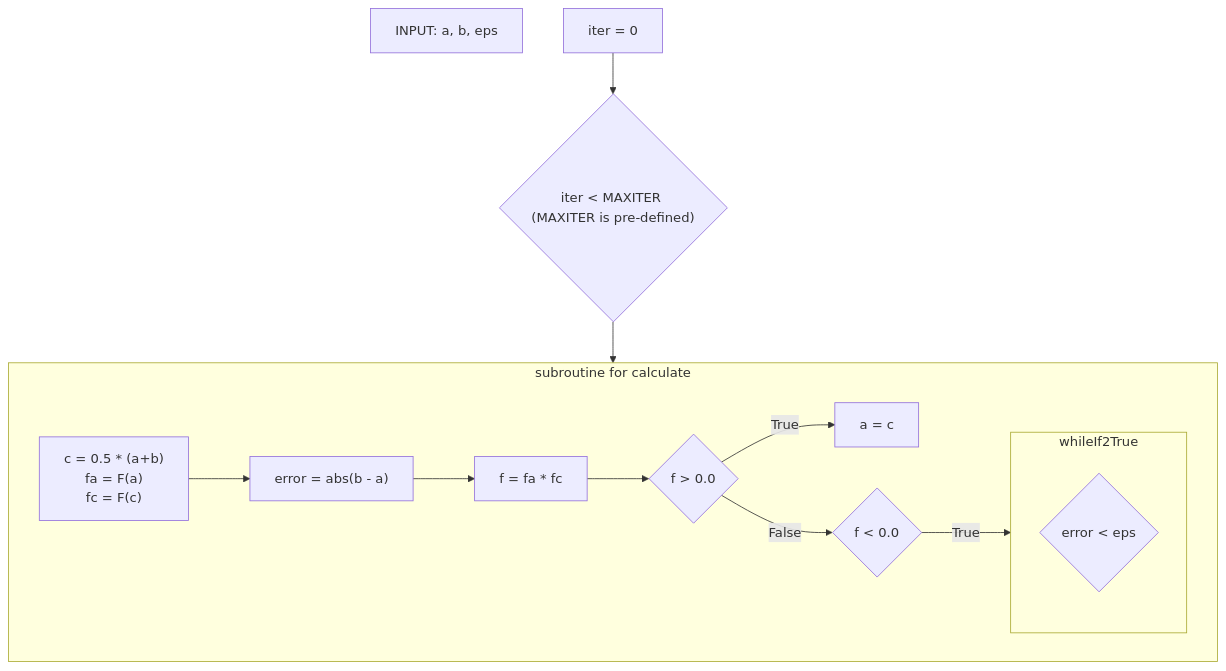
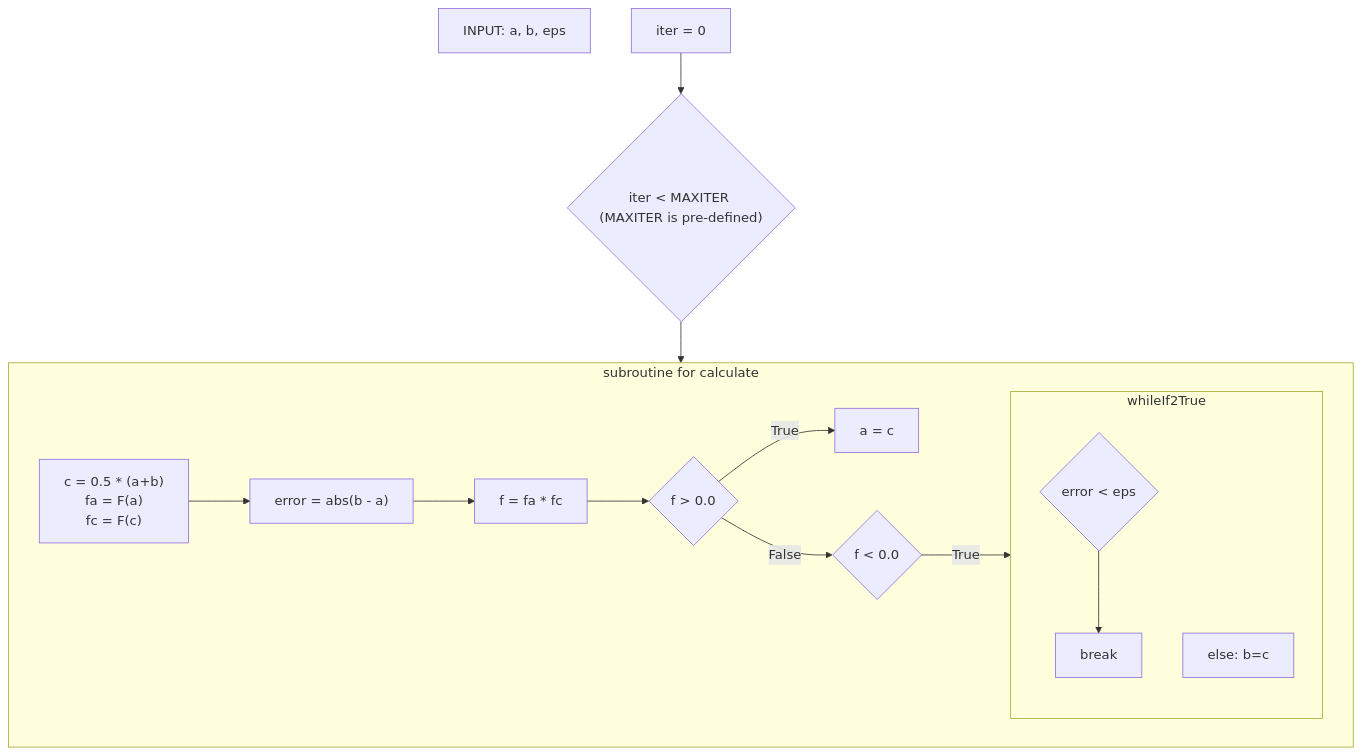
One commit to jsk0910/numerical_analysis changed the diagram in Non-linear Equations/README.md. Above: the diagram before and after it, drawn with Mermaid.

````diff
--- a/Non-linear Equations/README.md
+++ b/Non-linear Equations/README.md
@@ -26,18 +26,19 @@
 ```mermaid
 flowchart TD;
     INPUT["INPUT: a, b, eps"]
     A["iter = 0"] --> whileif
     whileif{"iter < MAXITER (MAXITER is pre-defined)"} --> while
     subgraph while ["subroutine for calculate"]
         whileB["c = 0.5 * (a+b)\n fa = F(a)\n fc = F(c)"] --> whileE
         whileE["error = abs(b - a)"] --> whileF
         whileF["f = fa * fc"] --> whileIf1
         whileIf1{"f > 0.0"} -- "True" --> whileIf1True
         whileIf1True["a = c"]
         whileIf1 -- "False" --> whileIf2
         whileIf2{"f < 0.0"} -- "True" --> whileIf2True
         subgraph whileIf2True
-            if1{"error < eps"}
+            if1{"error < eps"} --> break
+            else["else: b=c"]
         end
     end
 ```
````
